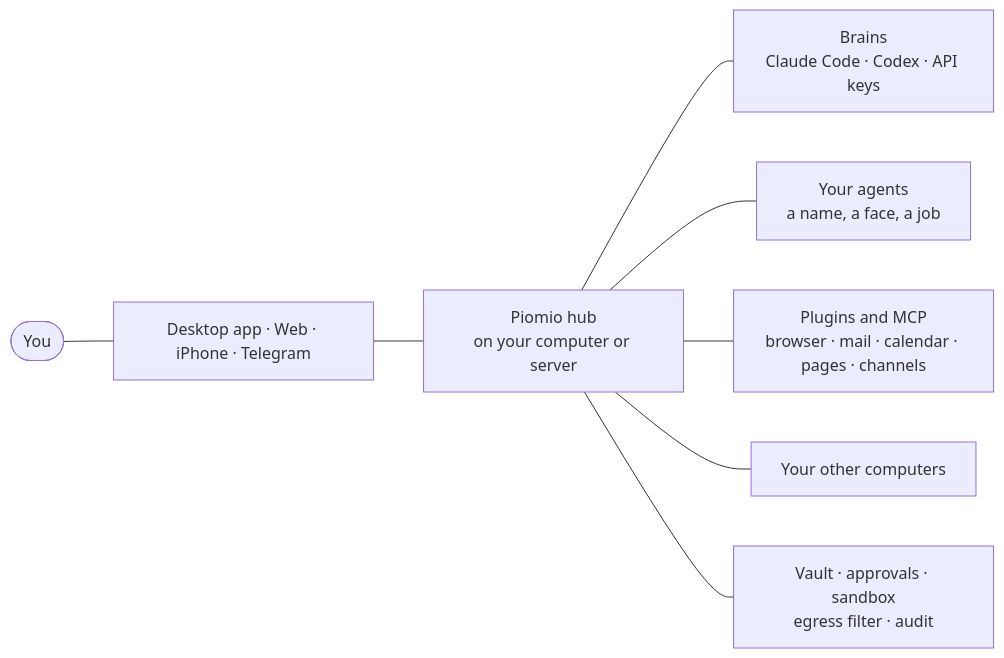
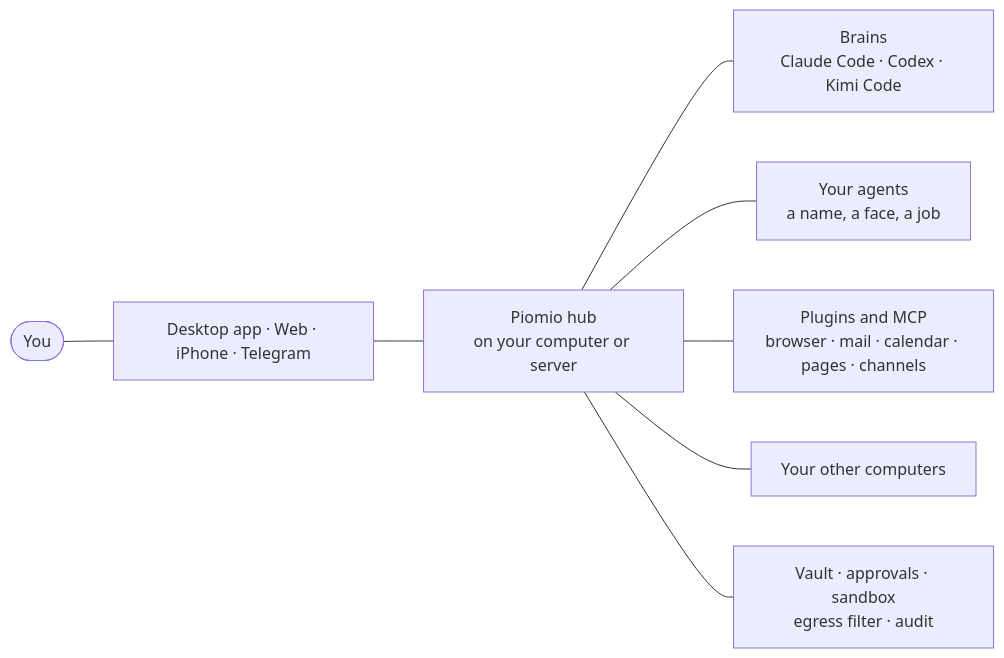
The diagram in README.md (legostin/piomio), drawn with Mermaid before and after one commit. The commit also changed other lines of this file and 25 other files, not shown here.

First line of the commit message:
PIOMIO_API_KEYS: model access through plain API keys is off unless the hub starts with it

````diff
--- a/README.md
+++ b/README.md
@@ -101,10 +101,10 @@
 ```mermaid
 flowchart LR
   you(["You"]) --- apps["Desktop app · Web · iPhone · Telegram"]
   apps --- hub["Piomio hub<br/>on your computer or server"]
-  hub --- brains["Brains<br/>Claude Code · Codex · API keys"]
+  hub --- brains["Brains<br/>Claude Code · Codex · Kimi Code"]
   hub --- team["Your agents<br/>a name, a face, a job"]
   hub --- tools["Plugins and MCP<br/>browser · mail · calendar · pages · channels"]
   hub --- machines["Your other computers"]
   hub --- guard["Vault · approvals · sandbox<br/>egress filter · audit"]
 ```
````
